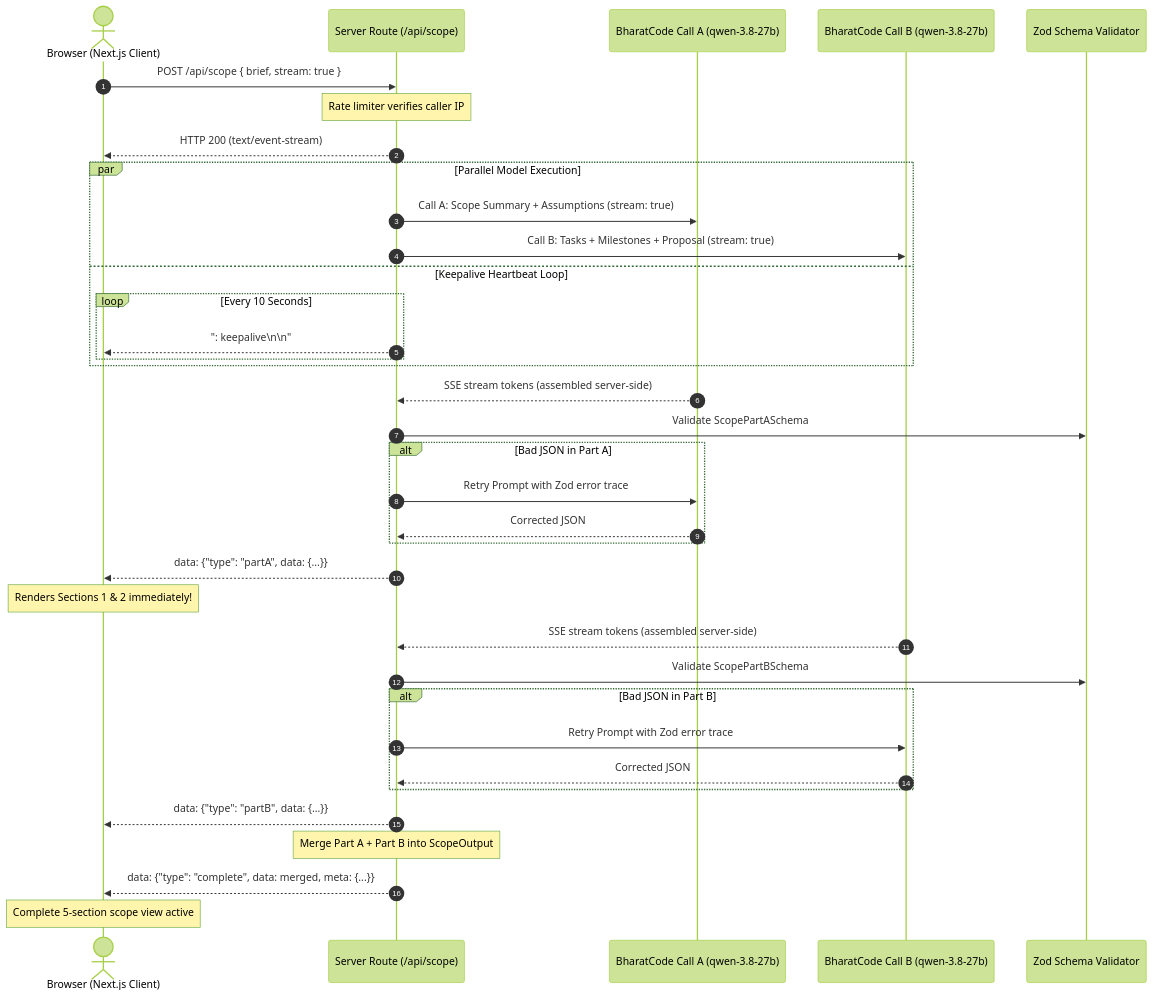
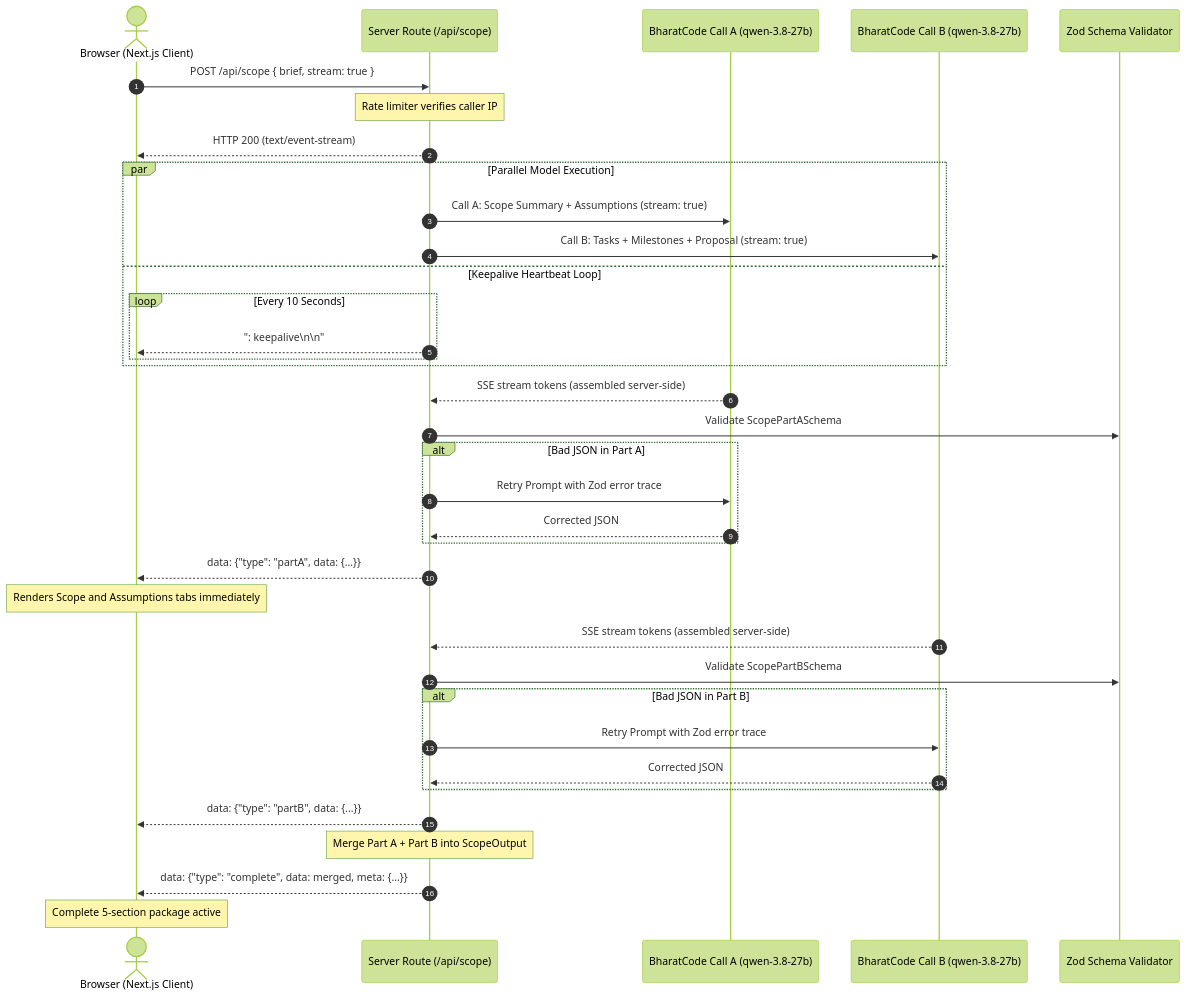
Before and after one commit to suryakant-source/scopebot: the diagram in README.md, drawn with Mermaid (forest theme). The commit also changed other lines of this file and 11 other files, not shown here.

````diff
--- a/README.md
+++ b/README.md
@@ -54,43 +44,43 @@
 ```mermaid
 sequenceDiagram
     autonumber
     actor User as Browser (Next.js Client)
     participant Route as Server Route (/api/scope)
     participant ModelA as BharatCode Call A (qwen-3.8-27b)
     participant ModelB as BharatCode Call B (qwen-3.8-27b)
     participant Zod as Zod Schema Validator
 
     User->>Route: POST /api/scope { brief, stream: true }
     Note over Route: Rate limiter verifies caller IP
     Route-->>User: HTTP 200 (text/event-stream)
     
     par Parallel Model Execution
         Route->>ModelA: Call A: Scope Summary + Assumptions (stream: true)
         Route->>ModelB: Call B: Tasks + Milestones + Proposal (stream: true)
     and Keepalive Heartbeat Loop
         loop Every 10 Seconds
             Route-->>User: ": keepalive\n\n"
         end
     end
 
     ModelA-->>Route: SSE stream tokens (assembled server-side)
     Route->>Zod: Validate ScopePartASchema
     alt Bad JSON in Part A
         Route->>ModelA: Retry Prompt with Zod error trace
         ModelA-->>Route: Corrected JSON
     end
     Route-->>User: data: {"type": "partA", data: {...}}
-    Note over User: Renders Sections 1 & 2 immediately!
+    Note over User: Renders Scope and Assumptions tabs immediately
 
     ModelB-->>Route: SSE stream tokens (assembled server-side)
     Route->>Zod: Validate ScopePartBSchema
     alt Bad JSON in Part B
         Route->>ModelB: Retry Prompt with Zod error trace
         ModelB-->>Route: Corrected JSON
     end
     Route-->>User: data: {"type": "partB", data: {...}}
 
     Note over Route: Merge Part A + Part B into ScopeOutput
     Route-->>User: data: {"type": "complete", data: merged, meta: {...}}
-    Note over User: Complete 5-section scope view active
+    Note over User: Complete 5-section package active
 ```
````
